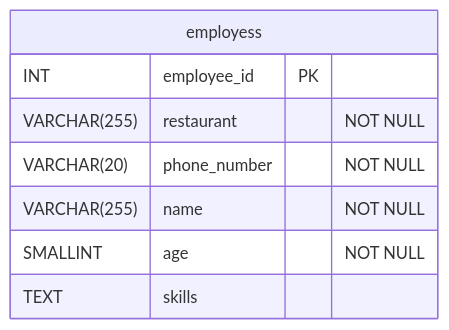
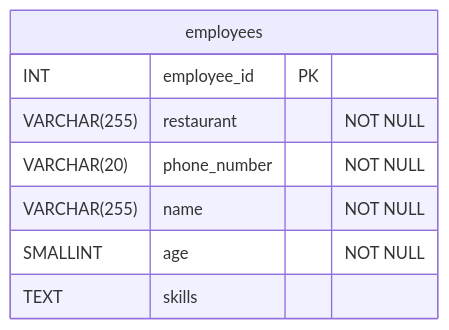
The first of 4 diagrams in module_5_normalisation/5.1_normalisation/5.1.2_notes_normalising_the-happy_pizza_database.md (mmantle-hud/githubpages), drawn with Mermaid before and after one commit. The commit also changed other lines of this file and 8 other files, not shown here.

````diff
--- a/module_5_normalisation/5.1_normalisation/5.1.2_notes_normalising_the-happy_pizza_database.md
+++ b/module_5_normalisation/5.1_normalisation/5.1.2_notes_normalising_the-happy_pizza_database.md
@@ -8,12 +13,13 @@
-```mermaid
-
+<pre class="mermaid">
 erDiagram
-    employess {
+    accTitle: Physical model for the Happy Pizza Company.
+    accDescr: Physical model for the Happy Pizza Company.
+    employees {
         INT employee_id PK
         VARCHAR(255) restaurant "NOT NULL"
         VARCHAR(20) phone_number "NOT NULL"
         VARCHAR(255) name "NOT NULL"
         SMALLINT age "NOT NULL"
         TEXT skills
     }
-```
+</pre>
````
